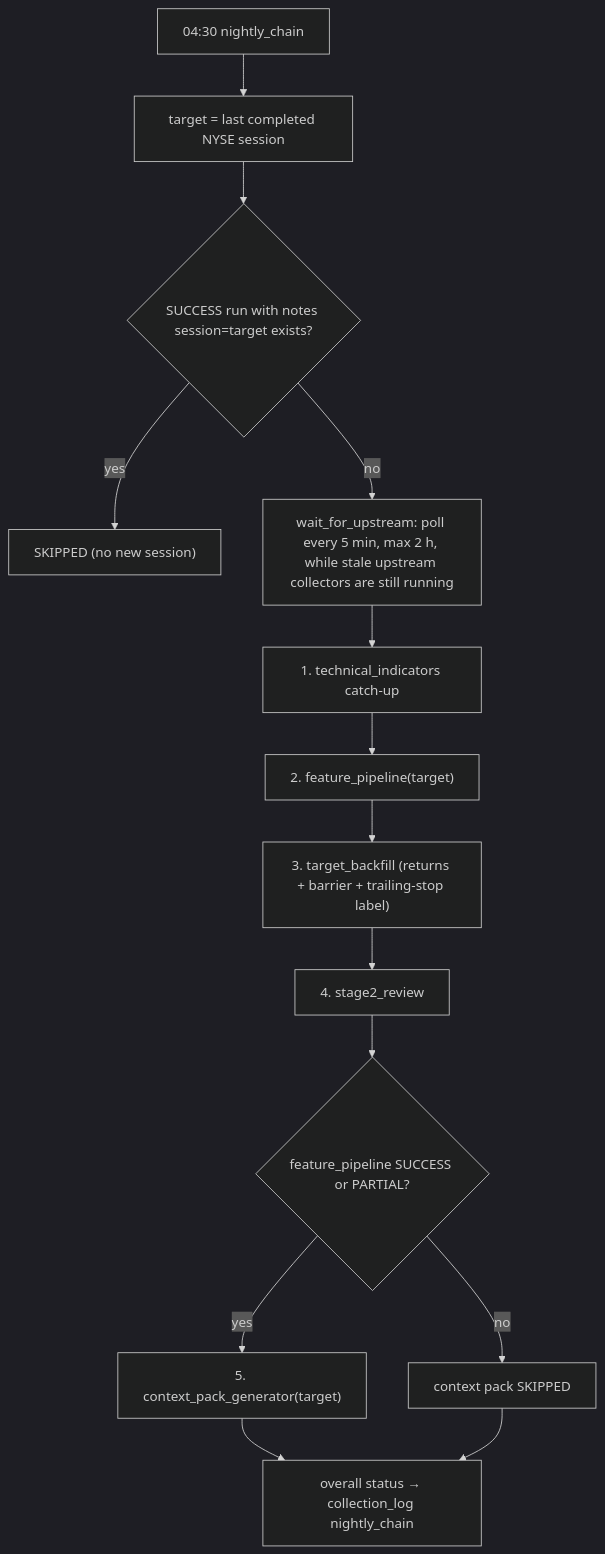
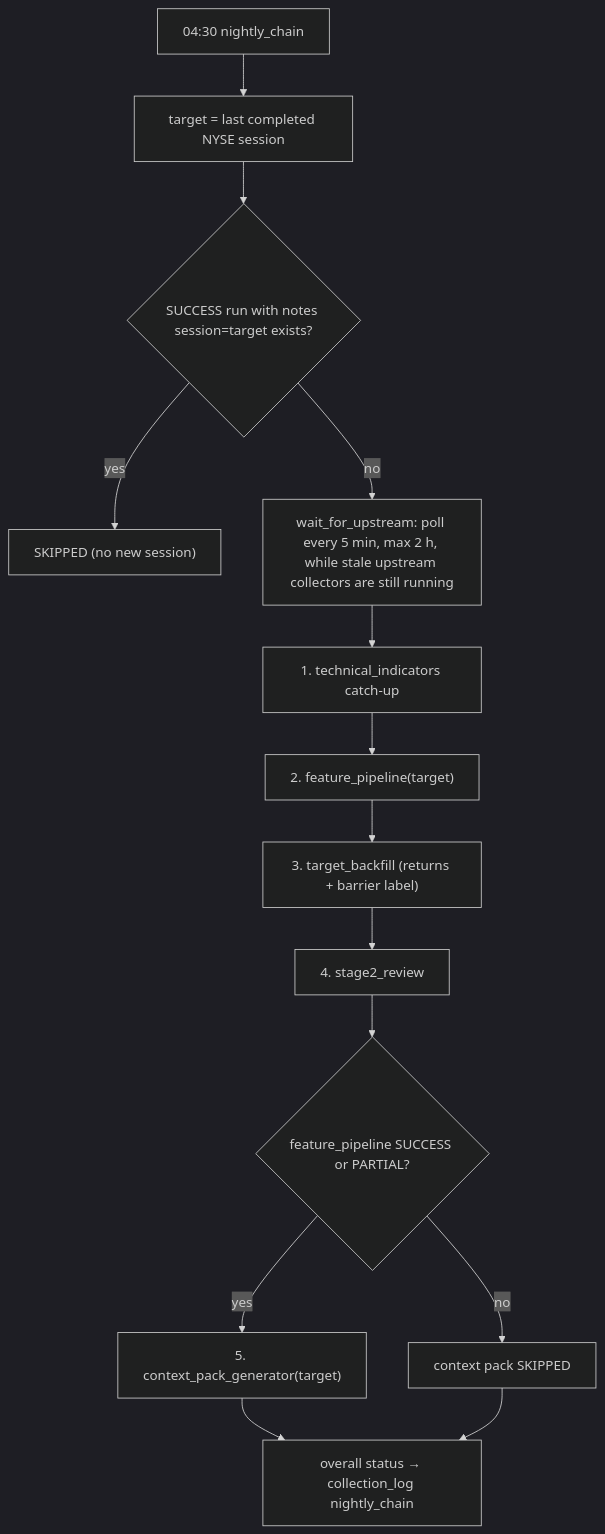
One commit to sebastianganser/Alpaca-Broker changed the second of 2 diagrams in docs/ARCHITECTURE.md. Above: the diagram before and after it, drawn with Mermaid (dark theme). The commit also changed other lines of this file and 20 other files, not shown here.

First line of the commit message:
refactor(targets): remove the trailing-stop label again (migration 038), neutral model target

````diff
--- a/docs/ARCHITECTURE.md
+++ b/docs/ARCHITECTURE.md
@@ -263,16 +262,16 @@
 ```mermaid
 flowchart TD
     A["04:30 nightly_chain"] --> B["target = last completed NYSE session"]
     B --> C{"SUCCESS run with notes session=target exists?"}
     C -- yes --> Z["SKIPPED (no new session)"]
     C -- no --> D["wait_for_upstream: poll every 5 min, max 2 h, while stale upstream collectors are still running"]
     D --> E["1. technical_indicators catch-up"]
     E --> F["2. feature_pipeline(target)"]
-    F --> G["3. target_backfill (returns + barrier + trailing-stop label)"]
+    F --> G["3. target_backfill (returns + barrier label)"]
     G --> H["4. stage2_review"]
     H --> I{"feature_pipeline SUCCESS or PARTIAL?"}
     I -- yes --> J["5. context_pack_generator(target)"]
     I -- no --> K["context pack SKIPPED"]
     J --> L["overall status → collection_log nightly_chain"]
     K --> L
 ```
````
